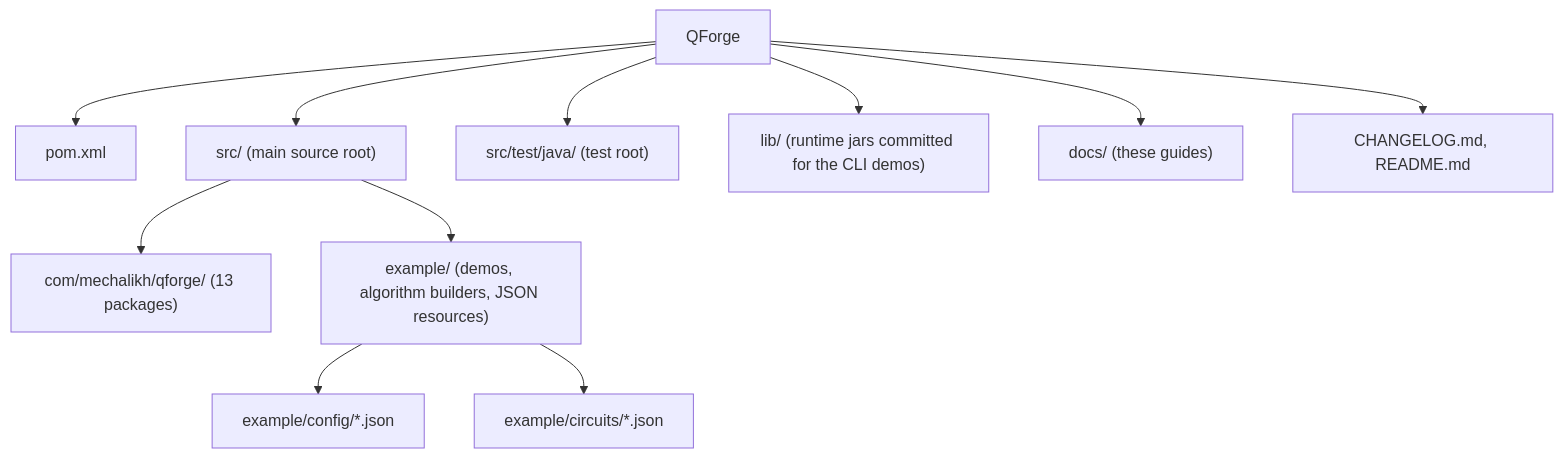
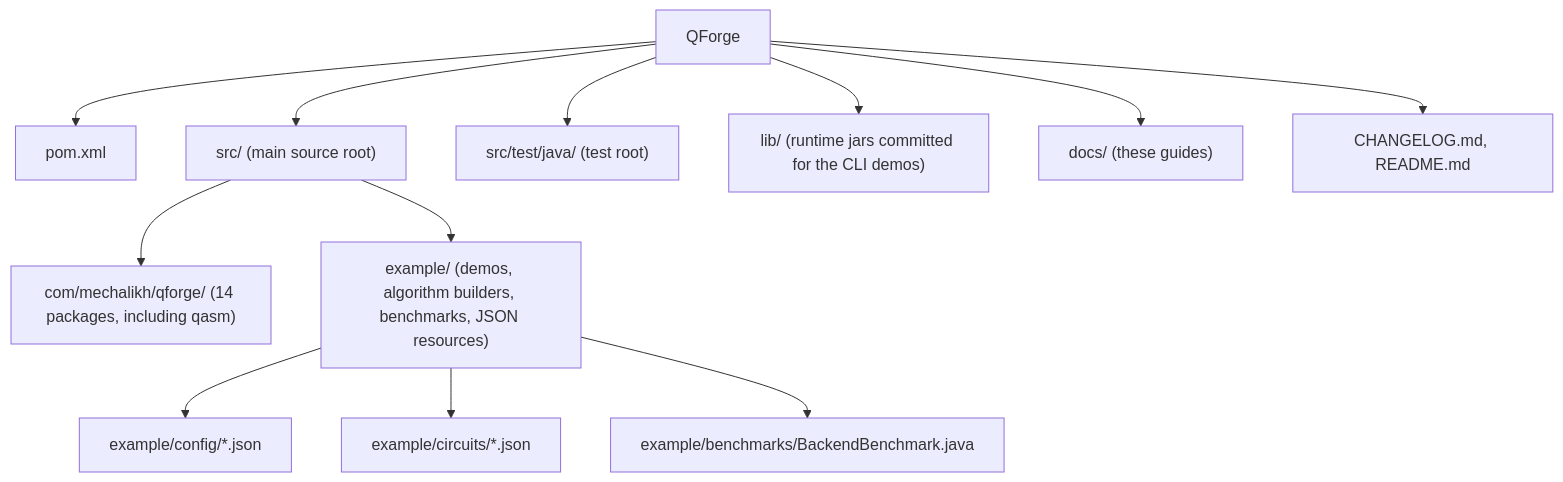
One commit to CharafeddineMechalikh/QForge changed the diagram in docs/08-development.md. Above: the diagram before and after it, drawn with Mermaid. The commit also changed other lines of this file and 61 other files, not shown here.

Commit message:
Add stabilizer and tensor-network backends, device noise, feed-forward, OpenQASM, and validated demos for 2.0.0

````diff
--- a/docs/08-development.md
+++ b/docs/08-development.md
@@ -14,13 +14,14 @@
 ```mermaid
 flowchart TD
     R["QForge"] --> P["pom.xml"]
     R --> S["src/ (main source root)"]
     R --> T["src/test/java/ (test root)"]
     R --> L["lib/ (runtime jars committed for the CLI demos)"]
     R --> D["docs/ (these guides)"]
     R --> C["CHANGELOG.md, README.md"]
-    S --> S1["com/mechalikh/qforge/ (13 packages)"]
-    S --> S2["example/ (demos, algorithm builders, JSON resources)"]
+    S --> S1["com/mechalikh/qforge/ (14 packages, including qasm)"]
+    S --> S2["example/ (demos, algorithm builders, benchmarks, JSON resources)"]
     S2 --> S3["example/config/*.json"]
     S2 --> S4["example/circuits/*.json"]
+    S2 --> S5["example/benchmarks/BackendBenchmark.java"]
 ```
````
